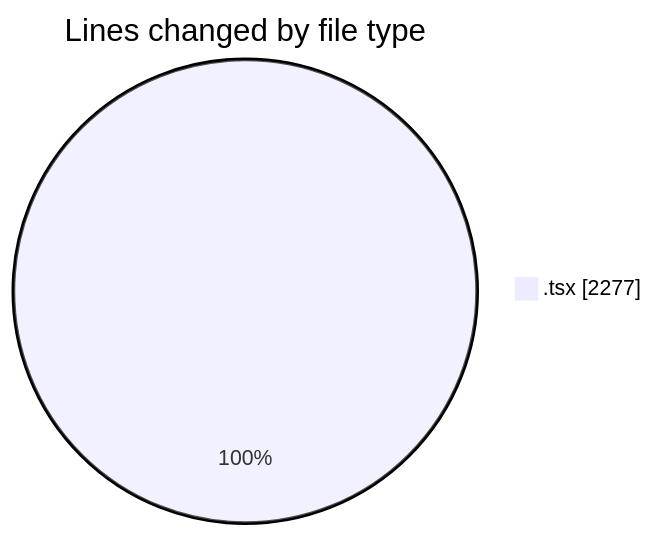
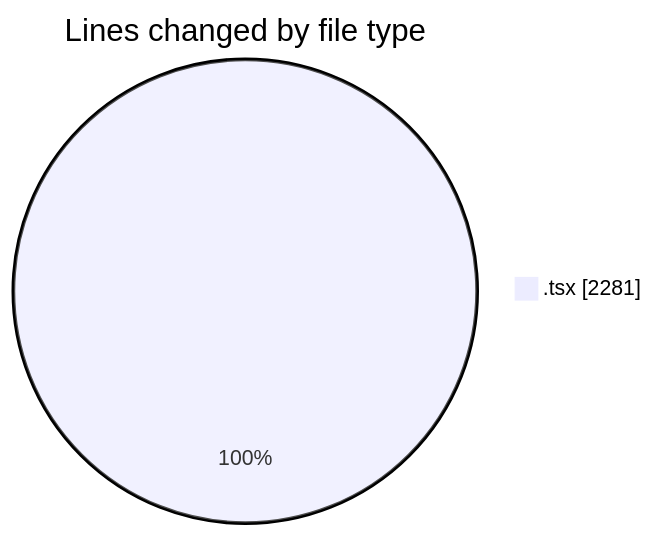
The first of 2 diagrams in 2026-02-22/nxtqube_webapp/README.md (nxtqubesakshisongat/code-tracking), drawn with Mermaid before and after one commit. The commit also changed other lines of this file and 1 other file, not shown here.

````diff
--- a/2026-02-22/nxtqube_webapp/README.md
+++ b/2026-02-22/nxtqube_webapp/README.md
@@ -20,5 +20,5 @@
 ```mermaid
 pie showData
 title Lines changed by file type
-".tsx" : 2277
+".tsx" : 2281
 ```
````
